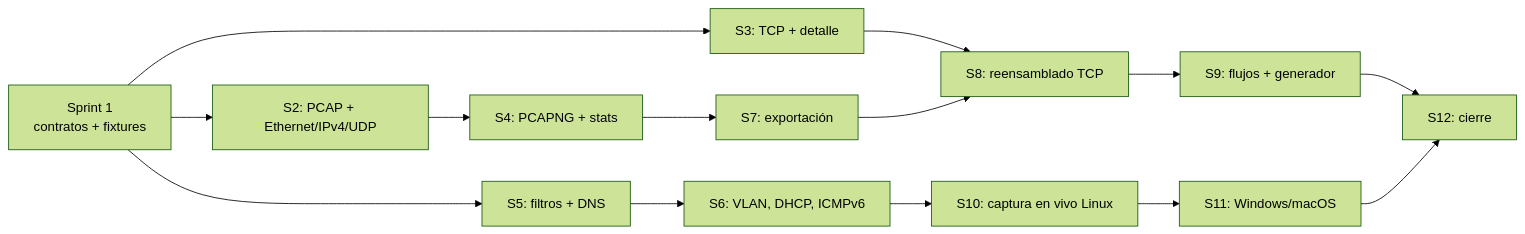
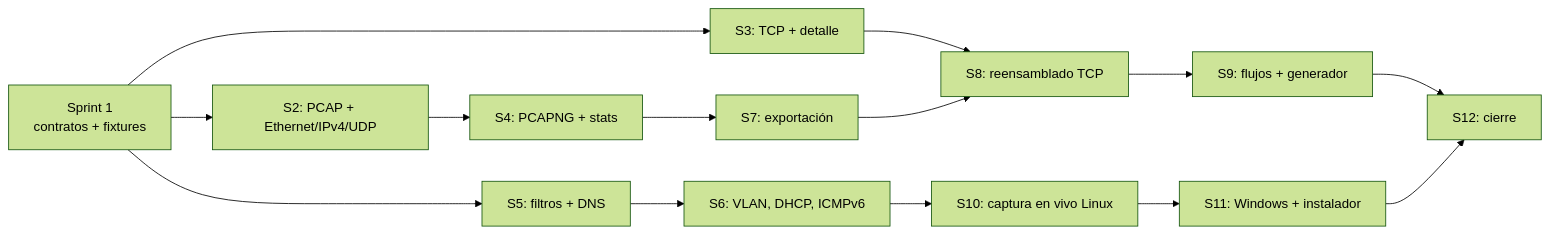
The diagram in docs/ROADMAP.md (omarPVP123131/NetScope), drawn with Mermaid (forest theme) before and after one commit. The commit also changed other lines of this file and 10 other files, not shown here.

````diff
--- a/docs/ROADMAP.md
+++ b/docs/ROADMAP.md
@@ -206,16 +210,16 @@
 ```mermaid
 graph LR
     S1[Sprint 1<br/>contratos + fixtures] --> S2[S2: PCAP + Ethernet/IPv4/UDP]
     S1 --> S3[S3: TCP + detalle]
     S1 --> S5[S5: filtros + DNS]
     S2 --> S4[S4: PCAPNG + stats]
     S3 --> S8[S8: reensamblado TCP]
     S4 --> S7[S7: exportación]
     S5 --> S6[S6: VLAN, DHCP, ICMPv6]
     S6 --> S10[S10: captura en vivo Linux]
     S7 --> S8
-    S10 --> S11[S11: Windows/macOS]
+    S10 --> S11[S11: Windows + instalador]
     S8 --> S9[S9: flujos + generador]
     S9 --> S12[S12: cierre]
     S11 --> S12
 ```
````
